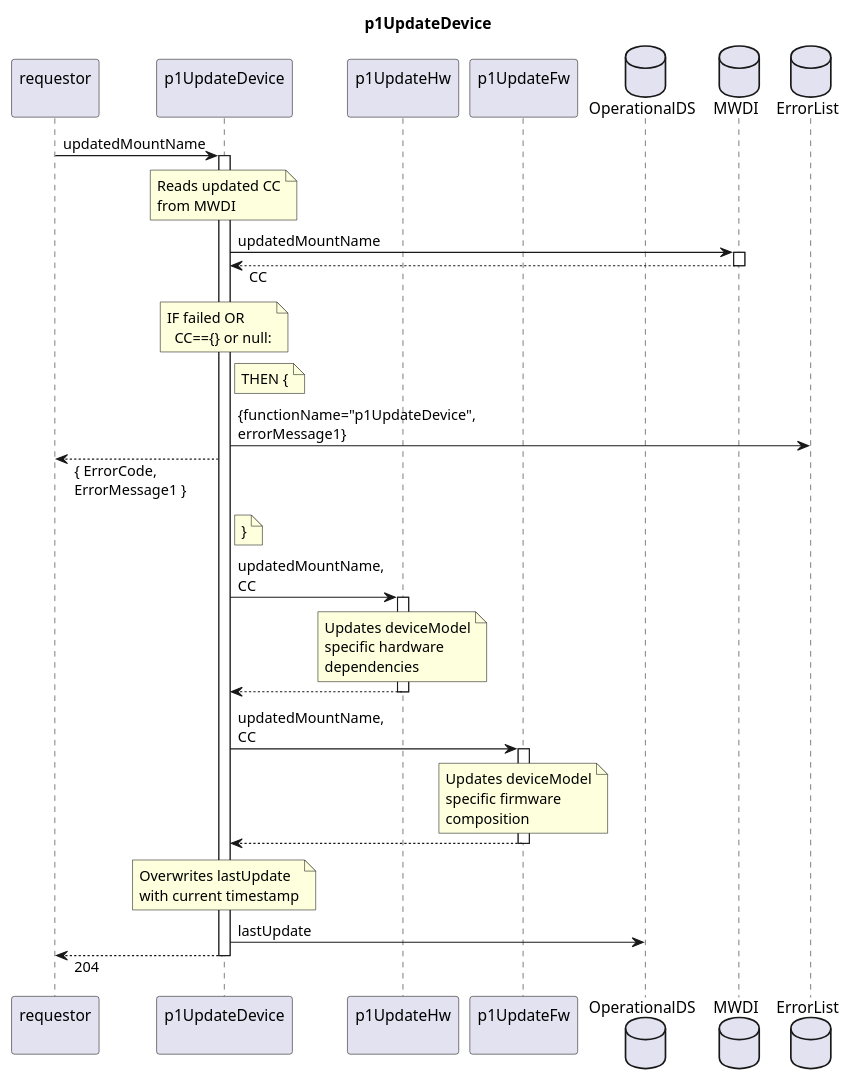
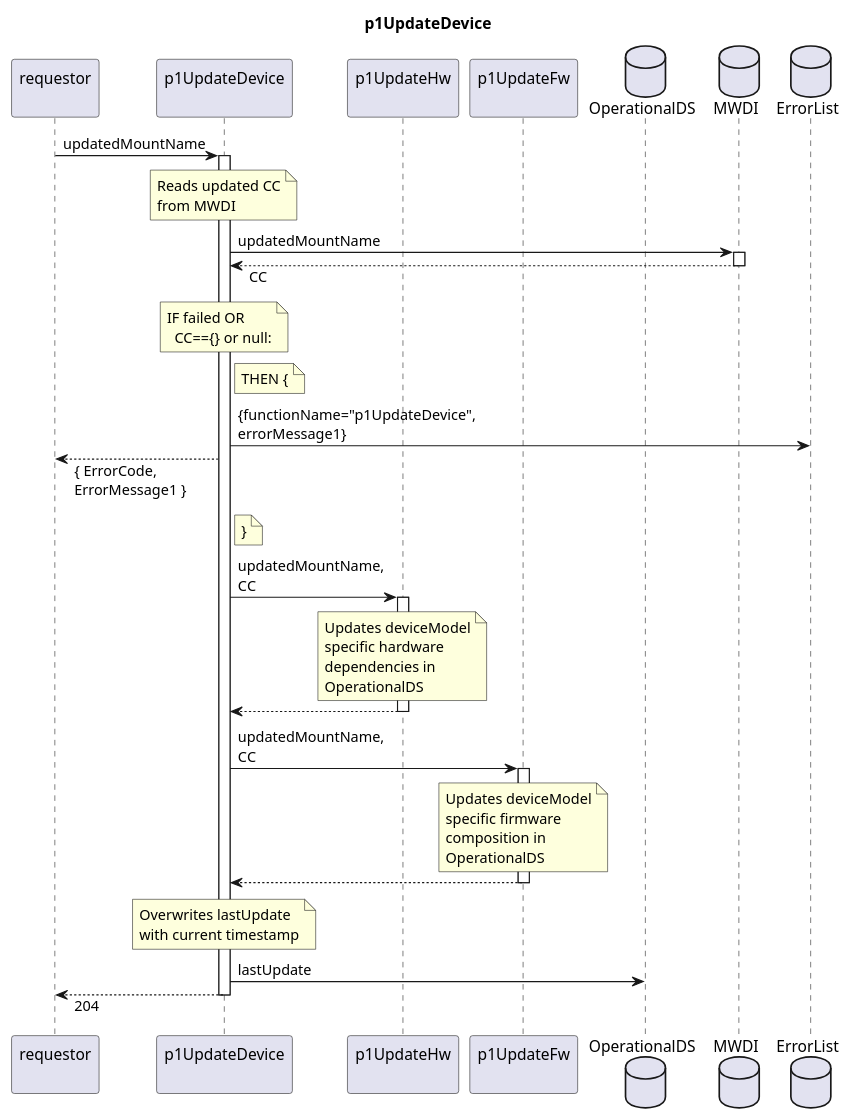
The diagram in spec/Functions/Measurement/p1UpdateDevice/1.0.0/p1UpdateDevice.plantuml (openBackhaul/FirmWareManager), drawn with PlantUML before and after one commit. The commit also changed 14 other files, not shown here.

```diff
--- a/spec/Functions/Measurement/p1UpdateDevice/1.0.0/p1UpdateDevice.plantuml
+++ b/spec/Functions/Measurement/p1UpdateDevice/1.0.0/p1UpdateDevice.plantuml
@@ -1,70 +1,72 @@
 @startuml p1UpdateDevice
 skinparam responseMessageBelowArrow true
 
 title
   p1UpdateDevice
 end title
 
 participant "requestor\n" as requestor
 participant "p1UpdateDevice\n" as indServ
 participant "p1UpdateHw\n" as updateHw
 participant "p1UpdateFw\n" as updateFw
 
 database "OperationalDS" as OpDS
 database "MWDI" as Mwdi
 database "ErrorList" as hEL
 
 requestor -> indServ: updatedMountName
 activate indServ
 
   note over indServ
     Reads updated CC
     from MWDI
   end note
   indServ -> Mwdi: updatedMountName
   activate Mwdi
   indServ <-- Mwdi: CC
   deactivate Mwdi
   note over indServ
     IF failed OR 
       CC=={} or null:
   end note
   note right indServ
     THEN {
   end note
   indServ -> hEL: {functionName="p1UpdateDevice",\nerrorMessage1}
   requestor <-- indServ: { ErrorCode,\nErrorMessage1 }
   note right indServ
     }
   end note
 
   indServ -> updateHw: updatedMountName,\nCC
   activate updateHw
     note over updateHw
       Updates deviceModel
       specific hardware
-      dependencies
+      dependencies in
+      OperationalDS
     end note
   indServ <-- updateHw
   deactivate updateHw
 
   indServ -> updateFw: updatedMountName,\nCC
   activate updateFw
     note over updateFw
       Updates deviceModel
       specific firmware
-      composition
+      composition in
+      OperationalDS
     end note
   indServ <-- updateFw
   deactivate updateFw
 
   note over indServ
     Overwrites lastUpdate
     with current timestamp
   end note
   indServ -> OpDS: lastUpdate
 
 requestor <-- indServ: 204
 deactivate indServ
 
 @enduml
```
